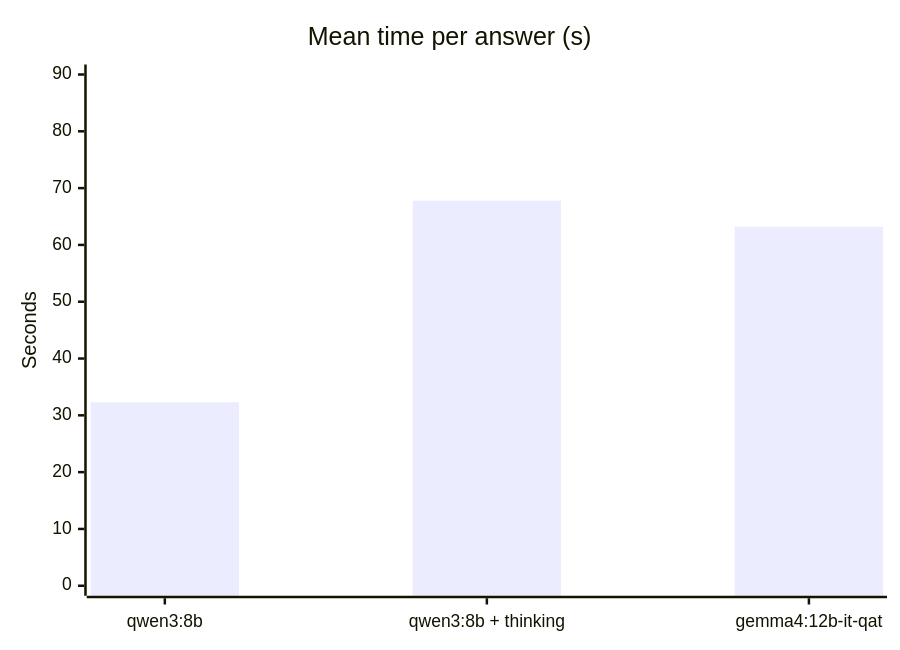
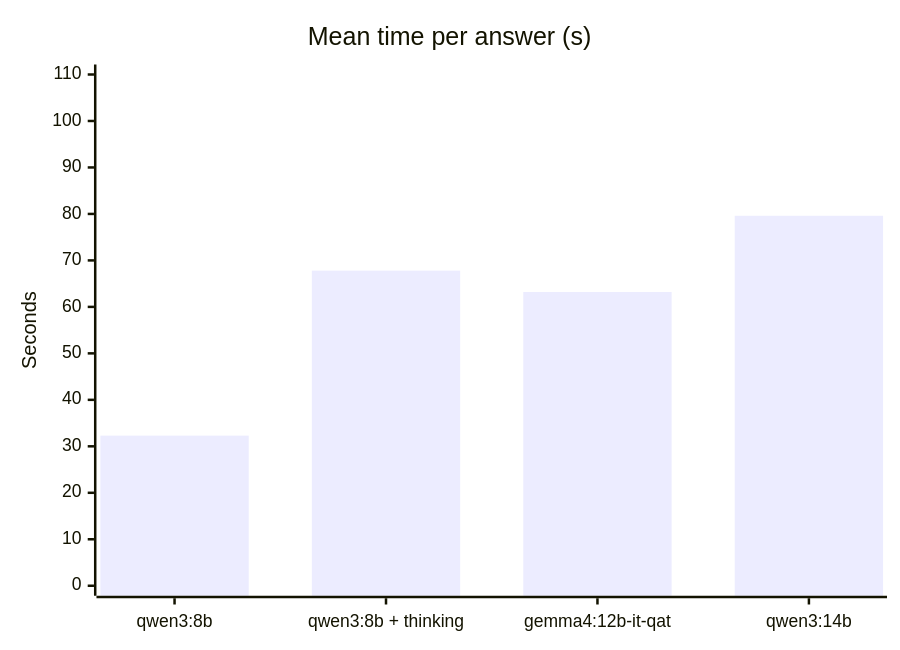
The second of 2 diagrams in docs/benchmarks.md (sdeparte/kb-meeting-agent), drawn with Mermaid before and after one commit. The commit also changed other lines of this file, not shown here.

Commit message:
docs(bench): qwen3:14b on strong, as a ceiling

````diff
--- a/docs/benchmarks.md
+++ b/docs/benchmarks.md
@@ -57,7 +58,7 @@
 ```mermaid
 xychart-beta
   title "Mean time per answer (s)"
-  x-axis ["qwen3:8b", "qwen3:8b + thinking", "gemma4:12b-it-qat"]
-  y-axis "Seconds" 0 --> 90
-  bar [32.3, 67.8, 63.2]
+  x-axis ["qwen3:8b", "qwen3:8b + thinking", "gemma4:12b-it-qat", "qwen3:14b"]
+  y-axis "Seconds" 0 --> 110
+  bar [32.3, 67.8, 63.2, 79.6]
 ```
````
